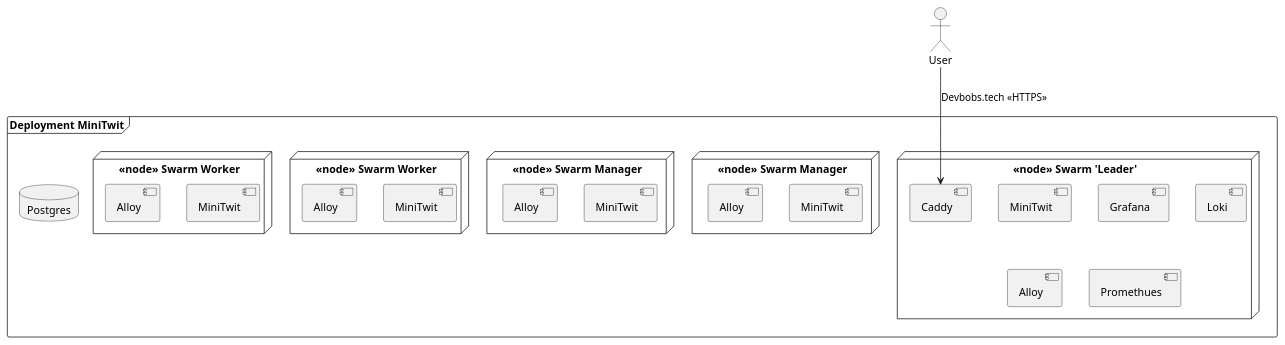
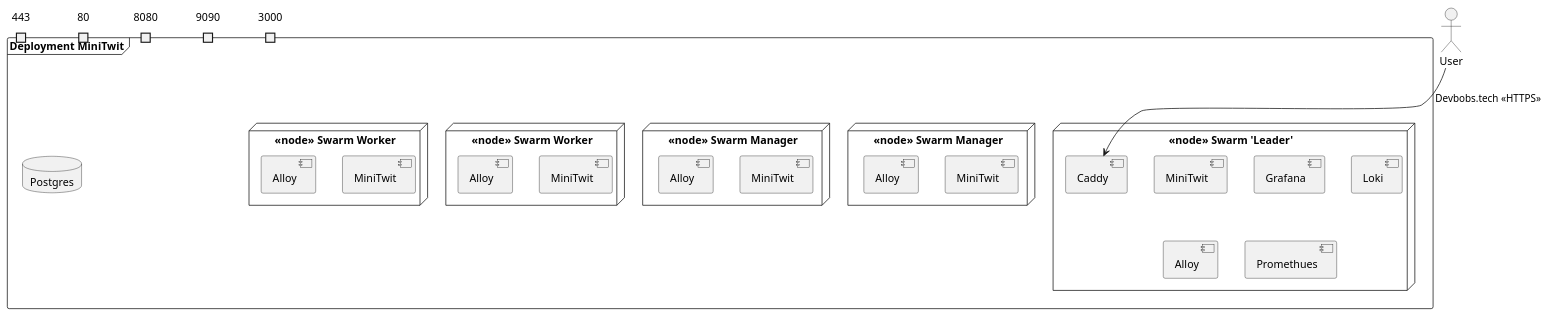
One commit to DevBobs-devops/Devbobs_MiniTwit changed the diagram in report/images/deployment_diagram.puml. Above: the diagram before and after it, drawn with PlantUML.

Commit message:
report: added exposed port to Deployment diagram - We should probably close some of them and let Caddy redirect

```diff
--- a/report/images/deployment_diagram.puml
+++ b/report/images/deployment_diagram.puml
@@ -1,45 +1,51 @@
 @startuml 
 
 actor User
 
 
 
 frame "Deployment MiniTwit" {
+    port 443
+    port 80
+    port 8080
+    port 9090
+    port 3000
+
     node "<<node>> Swarm 'Leader'" {
     component MiniTwit as minitwit_leader
     component Caddy
     component Grafana
     component Loki
     component Alloy as alloy_leader
     component Promethues
     }
 
     node "<<node>> Swarm Manager" as manager1 {
     component MiniTwit as minitwit_manager1
     component Alloy as alloy_manager1
     }
 
     node "<<node>> Swarm Manager" as manager2 {
     component MiniTwit as minitwit_manager2
     component Alloy as alloy_manager2
     }
 
     node "<<node>> Swarm Worker" as worker1 {
     component MiniTwit as minitwit_worker1
     component Alloy as alloy_worker1
     }
 
     node "<<node>> Swarm Worker" as worker2 {
     component MiniTwit as minitwit_worker2
     component Alloy as alloy_worker2
     }
 
     database Postgres {
 
     }
 }
 
 'We need to dobble checj how Caddy intercepts the request'
 User --> Caddy : Devbobs.tech <<HTTPS>> 
 
 @enduml
```
